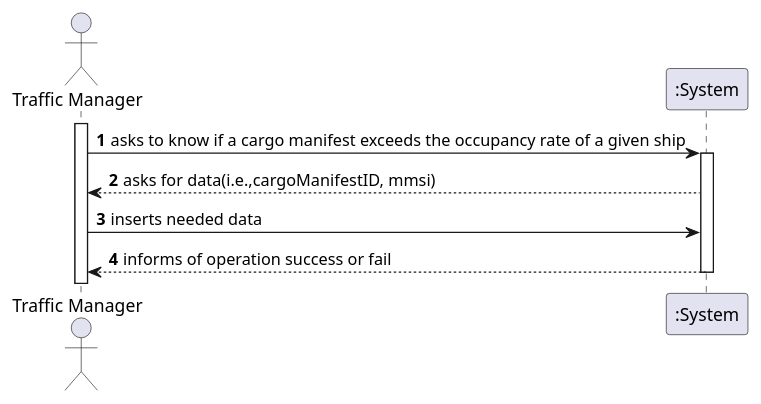
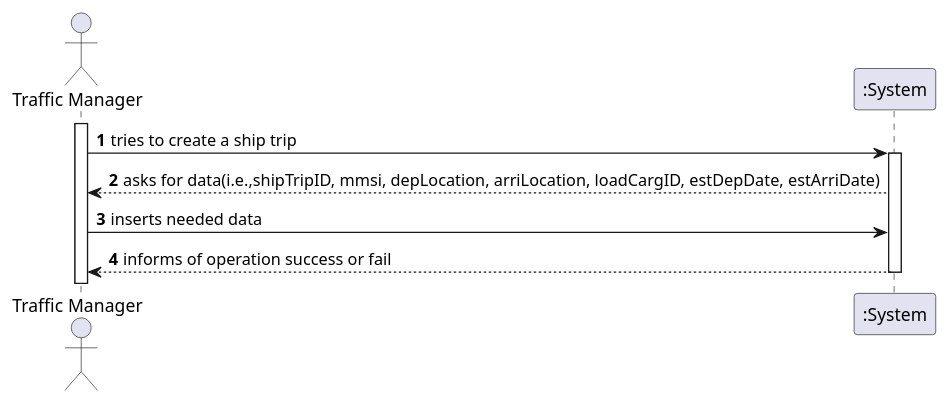
One commit to ana-albergaria/LAPR3-ISEP changed the diagram in docs/Sprint 3/US308/US_308_SSD.puml. Above: the diagram before and after it, drawn with PlantUML. The commit also changed 11 other files, not shown here.

```diff
--- a/docs/Sprint 3/US308/US_308_SSD.puml
+++ b/docs/Sprint 3/US308/US_308_SSD.puml
@@ -1,16 +1,16 @@
 @startuml
 'https://plantuml.com/sequence-diagram
 
 autonumber
 actor "Traffic Manager" as SC
 
 activate SC
-SC-> ":System" : asks to know if a cargo manifest exceeds the occupancy rate of a given ship
+SC-> ":System" : tries to create a ship trip
 activate ":System"
-":System" --> SC : asks for data(i.e.,cargoManifestID, mmsi)
+":System" --> SC : asks for data(i.e.,shipTripID, mmsi, depLocation, arriLocation, loadCargID, estDepDate, estArriDate)
 SC-> ":System" : inserts needed data
 ":System" --> SC : informs of operation success or fail
 
 deactivate ":System"
 
 @enduml
```
